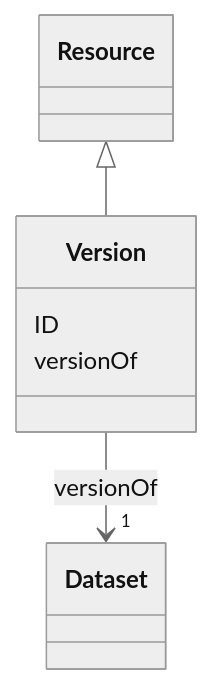
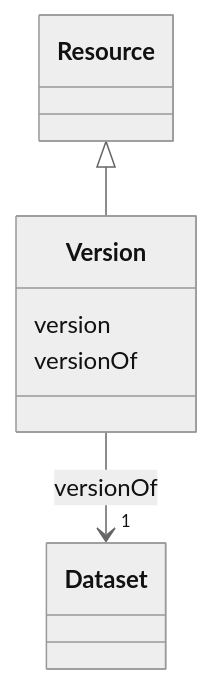
One commit to EVORA-project/evora-ontology changed the diagram in models/docs/Version.md. Above: the diagram before and after it, drawn with Mermaid (neutral theme). The commit also changed other lines of this file and 650 other files, not shown here.

````diff
--- a/models/docs/Version.md
+++ b/models/docs/Version.md
@@ -19,20 +19,20 @@
 ```mermaid
  classDiagram
     class Version
     click Version href "../Version"
       Resource <|-- Version
         click Resource href "../Resource"
       
-      Version : ID
+      Version : version
         
       Version : versionOf
         
           
     
     
     Version --> "1" Dataset : versionOf
     click Dataset href "../Dataset"
 
         
       
 ```
````
